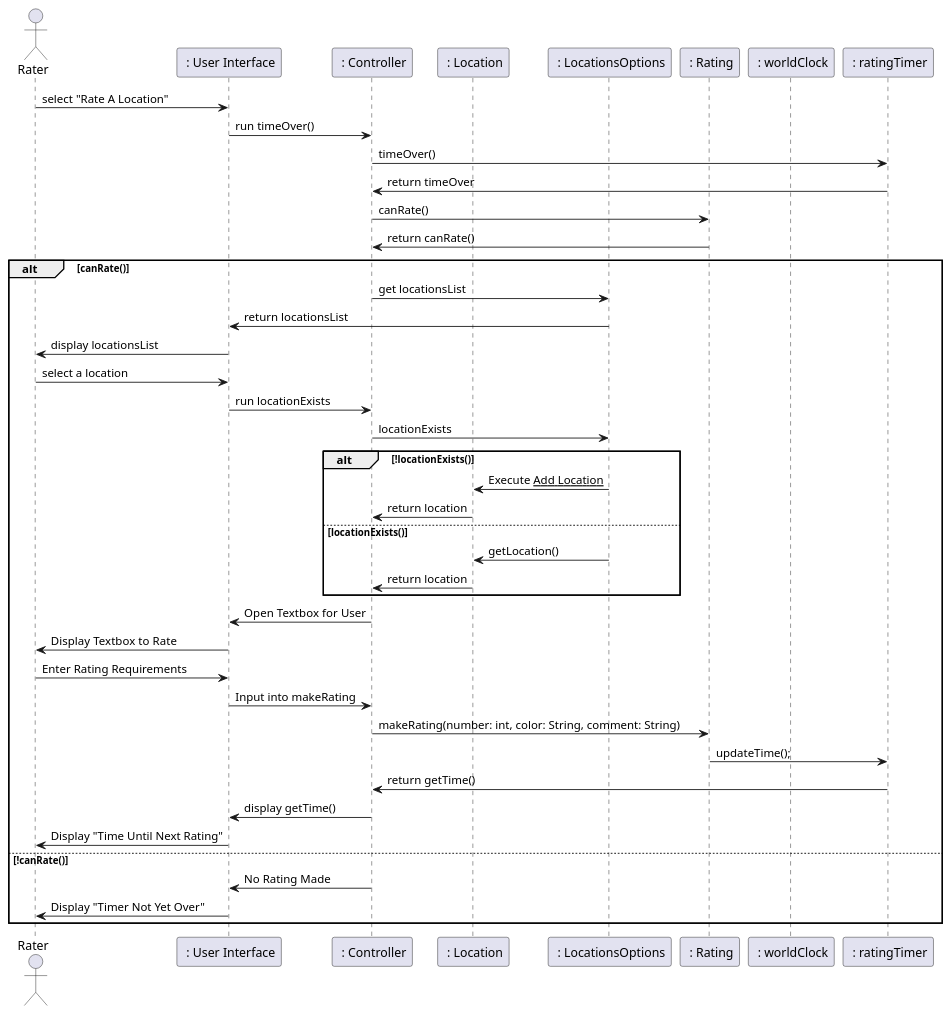
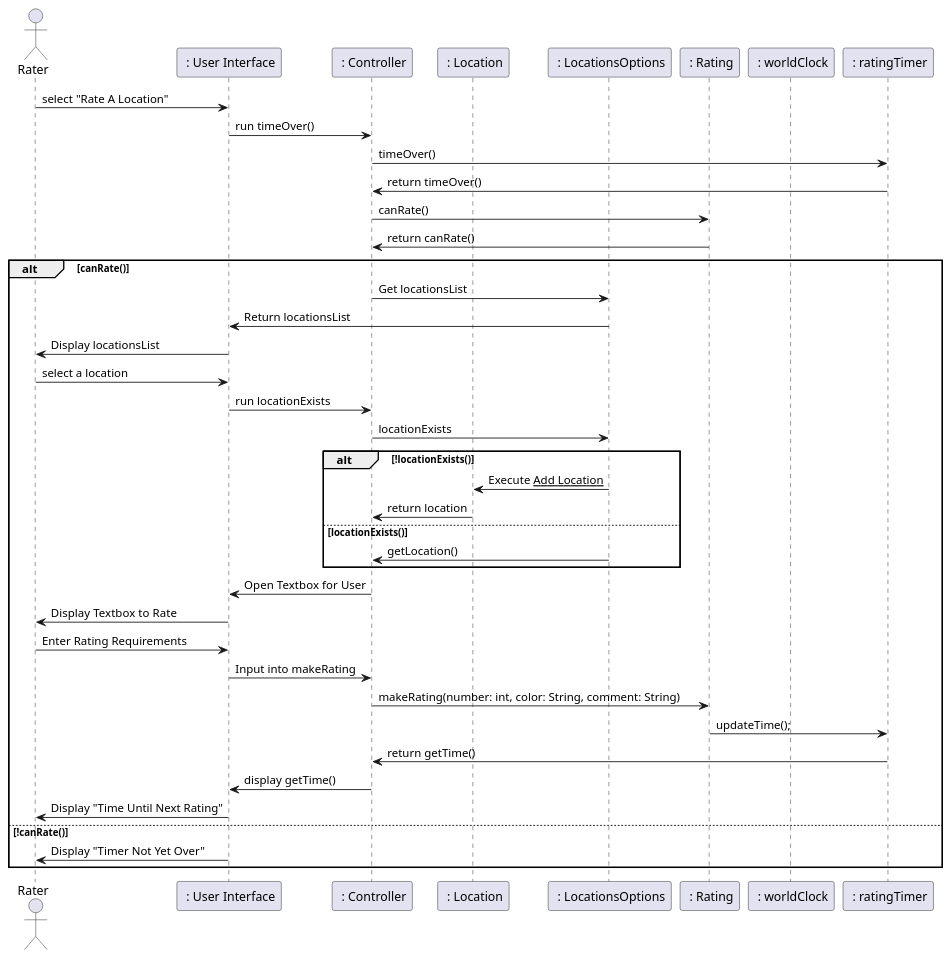
One commit to manoushpajouh/Vassar-Crowdmeter changed the fourth of 4 diagrams in intellij/documentation/design.md. Above: the diagram before and after it, drawn with PlantUML. The commit also changed other lines of this file and 3 other files, not shown here.

````diff
--- a/intellij/documentation/design.md
+++ b/intellij/documentation/design.md
@@ -145,57 +129,55 @@
 ```plantuml
 @startuml
 actor Rater as rater 
 participant " : User Interface" as ui
 participant " : Controller" as controller
 participant " : Location" as location 
 participant " : LocationsOptions" as locOps 
 participant " : Rating" as ratings 
 participant " : worldClock" as clock 
 participant " : ratingTimer" as timer 
 
 
 
 rater -> ui  : select "Rate A Location"
 ui -> controller : run timeOver()
 controller -> timer : timeOver()
-timer -> controller : return timeOver
+timer -> controller : return timeOver()
 controller -> ratings  : canRate()
 ratings -> controller : return canRate()
 alt canRate()
 
-controller -> locOps :  get locationsList
-locOps -> ui : return locationsList
-ui ->  rater : display locationsList
+controller -> locOps :  Get locationsList
+locOps -> ui : Return locationsList
+ui ->  rater : Display locationsList
 rater -> ui : select a location
 ui -> controller : run locationExists
 controller -> locOps: locationExists
 
 alt !locationExists()
 locOps -> location : Execute __Add Location__ 
 location -> controller : return location 
 else locationExists()
-locOps  -> location : getLocation()
-location -> controller : return location 
+locOps  -> controller : getLocation()
 end
 
 controller -> ui : Open Textbox for User 
 ui -> rater : Display Textbox to Rate
 rater -> ui : Enter Rating Requirements
 ui -> controller : Input into makeRating
 controller -> ratings : makeRating(number: int, color: String, comment: String)
 
 
 ratings -> timer : updateTime();
 timer -> controller : return getTime()
 controller -> ui : display getTime()
 ui -> rater : Display "Time Until Next Rating"
 
 
 else !canRate()
-controller -> ui : No Rating Made 
 ui -> rater : Display "Timer Not Yet Over"
 end
 
 
 @enduml
 ```
````
